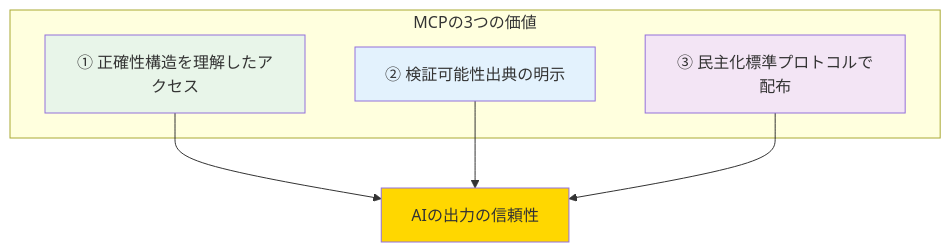
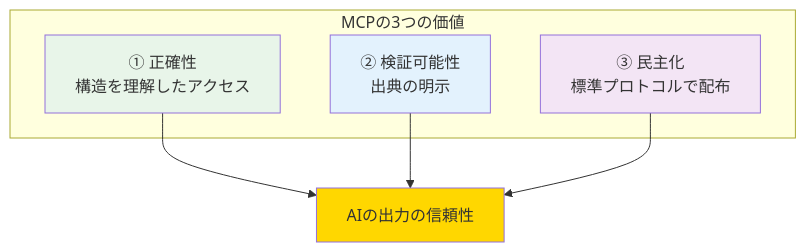
Before and after one commit to shuji-bonji/ai-agent-architecture: diagram 13 of 13 in docs/ja/concepts/04-ai-design-patterns.md, drawn with Mermaid. The commit also changed other lines of this file and 8 other files, not shown here.

````diff
--- a/docs/ja/concepts/04-ai-design-patterns.md
+++ b/docs/ja/concepts/04-ai-design-patterns.md
@@ -706,17 +790,17 @@
 ```mermaid
 graph TB
     subgraph MCPの3つの価値
-        V1["① 正確性<bn>構造を理解したアクセス"]
-        V2["② 検証可能性<bn>出典の明示"]
-        V3["③ 民主化<bn>標準プロトコルで配布"]
+        V1["① 正確性<br>構造を理解したアクセス"]
+        V2["② 検証可能性<br>出典の明示"]
+        V3["③ 民主化<br>標準プロトコルで配布"]
     end
 
     V1 --> RESULT[AIの出力の信頼性]
     V2 --> RESULT
     V3 --> RESULT
 
     style V1 fill:#e8f5e9,color:#333
     style V2 fill:#e3f2fd,color:#333
     style V3 fill:#f3e5f5,color:#333
     style RESULT fill:#ffd700,color:#333
 ```
````
